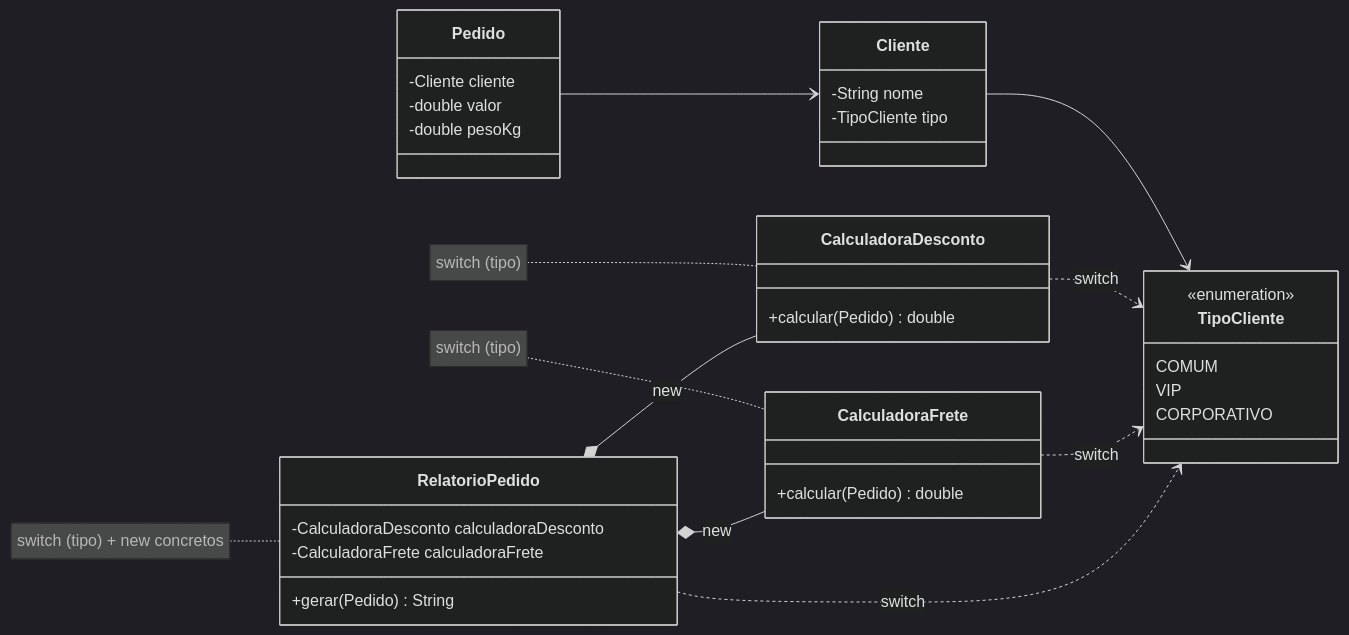
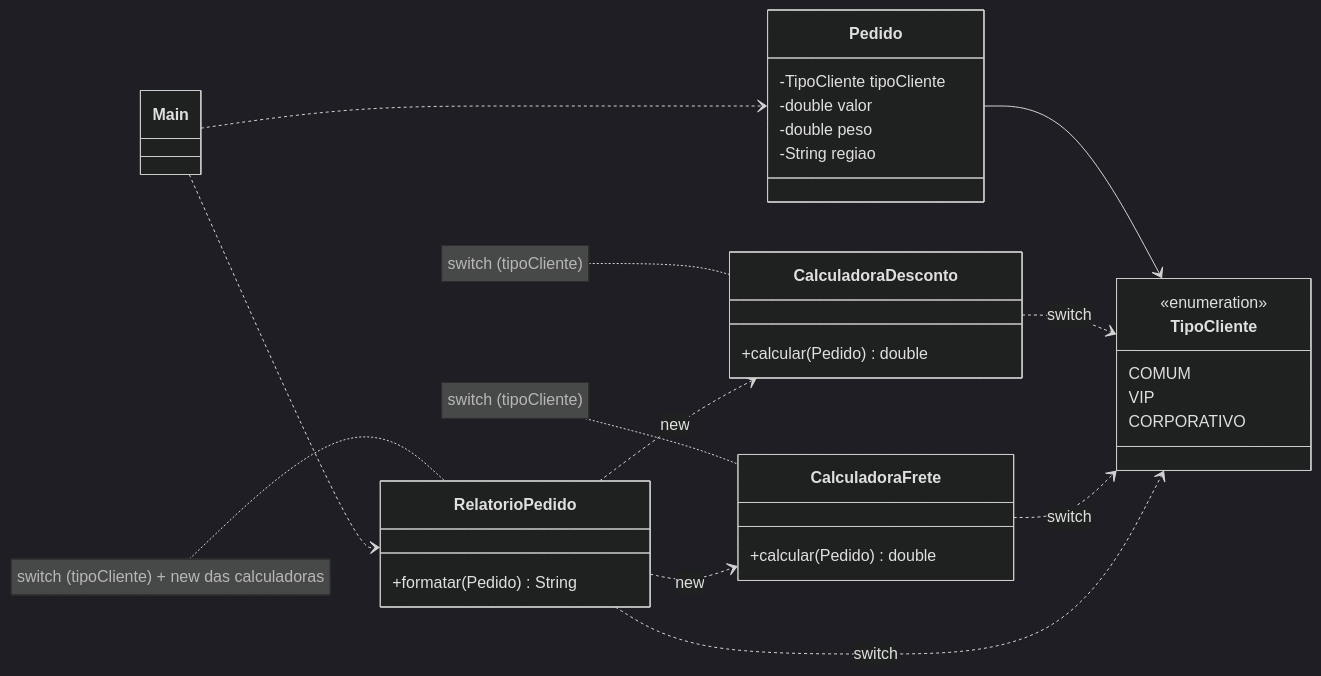
Before and after one commit to GabrielMacielZavarize/exercicio_strategy: the first of 2 diagrams in README.md, drawn with Mermaid (dark theme). The commit also changed other lines of this file and 29 other files, not shown here.

````diff
--- a/README.md
+++ b/README.md
@@ -83,40 +92,37 @@
 ```mermaid
 classDiagram
     direction LR
     class TipoCliente {
         <<enumeration>>
         COMUM
         VIP
         CORPORATIVO
     }
-    class Cliente {
-        -String nome
-        -TipoCliente tipo
-    }
     class Pedido {
-        -Cliente cliente
+        -TipoCliente tipoCliente
         -double valor
-        -double pesoKg
+        -double peso
+        -String regiao
     }
     class CalculadoraDesconto {
         +calcular(Pedido) double
     }
     class CalculadoraFrete {
         +calcular(Pedido) double
     }
     class RelatorioPedido {
-        -CalculadoraDesconto calculadoraDesconto
-        -CalculadoraFrete calculadoraFrete
-        +gerar(Pedido) String
+        +formatar(Pedido) String
     }
-    note for CalculadoraDesconto "switch (tipo)"
-    note for CalculadoraFrete "switch (tipo)"
-    note for RelatorioPedido "switch (tipo) + new concretos"
-    Cliente --> TipoCliente
-    Pedido --> Cliente
+    class Main
+    note for CalculadoraDesconto "switch (tipoCliente)"
+    note for CalculadoraFrete "switch (tipoCliente)"
+    note for RelatorioPedido "switch (tipoCliente) + new das calculadoras"
+    Pedido --> TipoCliente
     CalculadoraDesconto ..> TipoCliente : switch
     CalculadoraFrete ..> TipoCliente : switch
     RelatorioPedido ..> TipoCliente : switch
-    RelatorioPedido *-- CalculadoraDesconto : new
-    RelatorioPedido *-- CalculadoraFrete : new
+    RelatorioPedido ..> CalculadoraDesconto : new
+    RelatorioPedido ..> CalculadoraFrete : new
+    Main ..> RelatorioPedido
+    Main ..> Pedido
 ```
````
